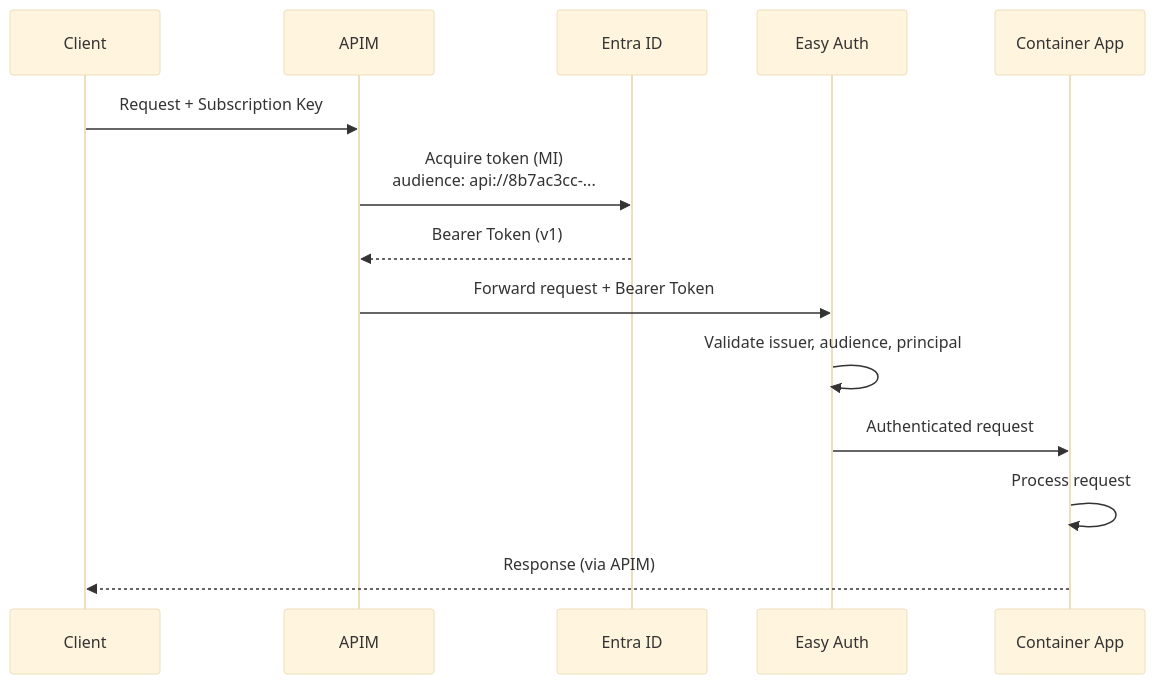
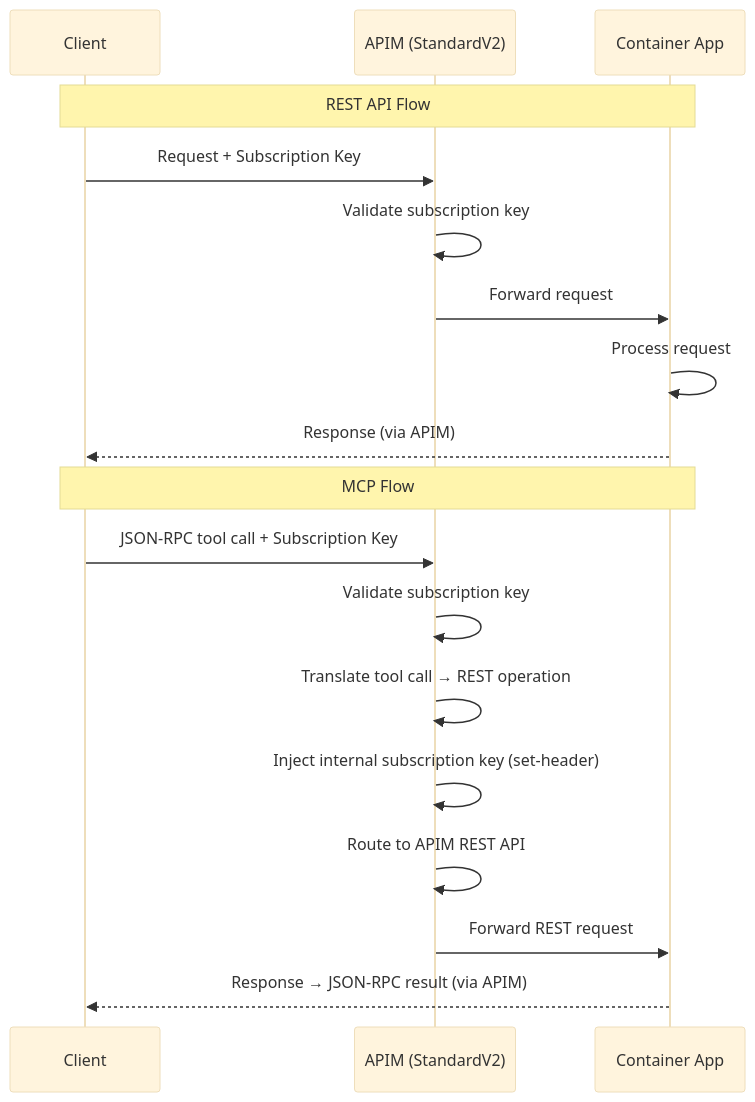
Before and after one commit to ozgurkarahan/azure-apim-mcp-server: the third of 6 diagrams in docs/architecture.md, drawn with Mermaid (base theme). The commit also changed other lines of this file and 12 other files, not shown here.

````diff
--- a/docs/architecture.md
+++ b/docs/architecture.md
@@ -114,17 +110,22 @@
 ```mermaid
 sequenceDiagram
     participant Client
-    participant APIM
-    participant EntraID as Entra ID
-    participant EasyAuth as Easy Auth
+    participant APIM as APIM (StandardV2)
     participant App as Container App
 
+    Note over Client,App: REST API Flow
     Client->>APIM: Request + Subscription Key
-    APIM->>EntraID: Acquire token (MI)<br/>audience: api://8b7ac3cc-...
-    EntraID-->>APIM: Bearer Token (v1)
-    APIM->>EasyAuth: Forward request + Bearer Token
-    EasyAuth->>EasyAuth: Validate issuer, audience, principal
-    EasyAuth->>App: Authenticated request
+    APIM->>APIM: Validate subscription key
+    APIM->>App: Forward request
     App->>App: Process request
     App-->>Client: Response (via APIM)
+
+    Note over Client,App: MCP Flow
+    Client->>APIM: JSON-RPC tool call + Subscription Key
+    APIM->>APIM: Validate subscription key
+    APIM->>APIM: Translate tool call → REST operation
+    APIM->>APIM: Inject internal subscription key (set-header)
+    APIM->>APIM: Route to APIM REST API
+    APIM->>App: Forward REST request
+    App-->>Client: Response → JSON-RPC result (via APIM)
 ```
````
